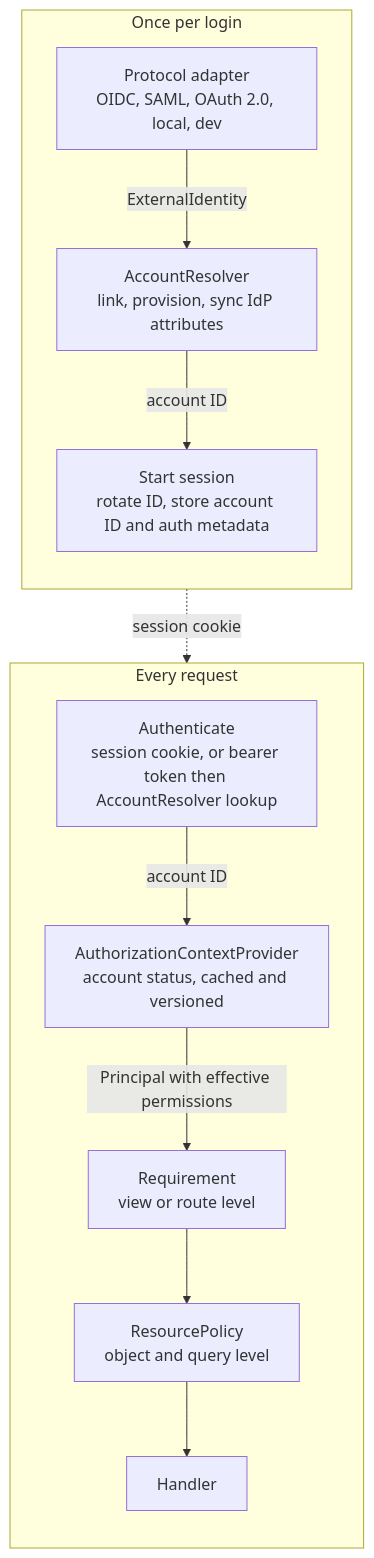
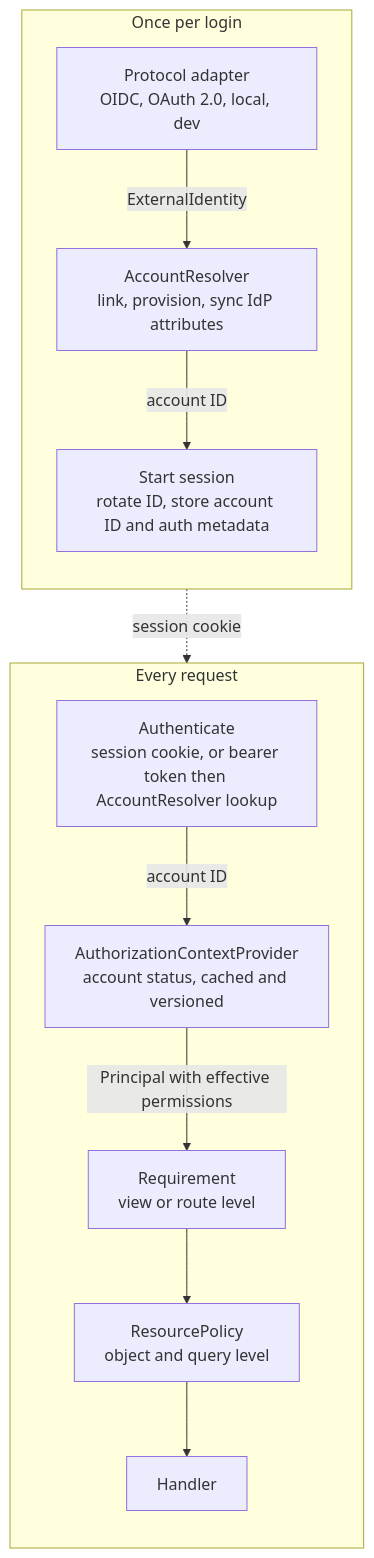
The third of 11 diagrams in docs/specs/epics/E13-auth/design.md (rn-forge/pykit), drawn with Mermaid before and after one commit. The commit also changed other lines of this file and 10 other files, not shown here.

````diff
--- a/docs/specs/epics/E13-auth/design.md
+++ b/docs/specs/epics/E13-auth/design.md
@@ -193,16 +197,16 @@
 ```mermaid
 flowchart TB
   subgraph Login["Once per login"]
     direction TB
-    P["Protocol adapter<br/>OIDC, SAML, OAuth 2.0, local, dev"] -->|ExternalIdentity| R["AccountResolver<br/>link, provision, sync IdP attributes"]
+    P["Protocol adapter<br/>OIDC, OAuth 2.0, local, dev"] -->|ExternalIdentity| R["AccountResolver<br/>link, provision, sync IdP attributes"]
     R -->|account ID| S["Start session<br/>rotate ID, store account ID and auth metadata"]
   end
   subgraph Request["Every request"]
     direction TB
     C["Authenticate<br/>session cookie, or bearer token then AccountResolver lookup"] -->|account ID| Z["AuthorizationContextProvider<br/>account status, cached and versioned"]
     Z -->|Principal with effective permissions| Q["Requirement<br/>view or route level"]
     Q --> O["ResourcePolicy<br/>object and query level"]
     O --> H["Handler"]
   end
   S -. "session cookie" .-> C
 ```
````
